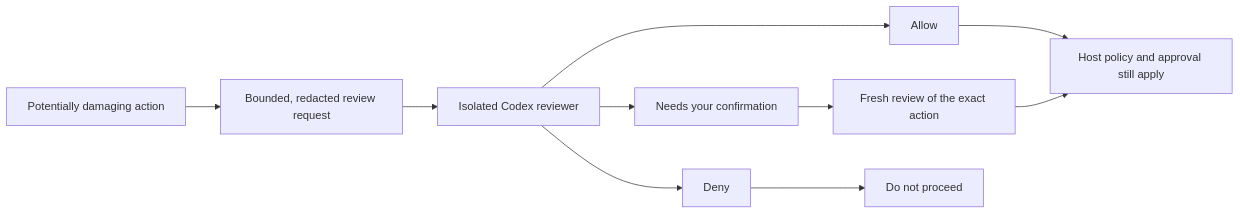
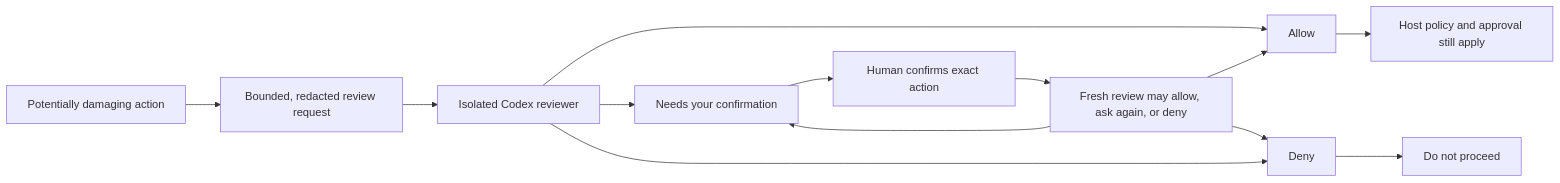
Before and after one commit to Mango0-cell/codex-permission-reviewer: the diagram in README.md, drawn with Mermaid. The commit also changed other lines of this file, not shown here.

Commit message:
docs(readme): refine review and install guidance

````diff
--- a/README.md
+++ b/README.md
@@ -33,12 +35,15 @@
 ```mermaid
 flowchart LR
     A[Potentially damaging action] --> B[Bounded, redacted review request]
     B --> C[Isolated Codex reviewer]
     C --> D[Allow]
     C --> E[Needs your confirmation]
     C --> F[Deny]
     D --> G[Host policy and approval still apply]
-    E --> H[Fresh review of the exact action]
-    H --> G
-    F --> I[Do not proceed]
+    E --> H[Human confirms exact action]
+    H --> I[Fresh review may allow, ask again, or deny]
+    I --> D
+    I --> E
+    I --> F
+    F --> J[Do not proceed]
 ```
````
